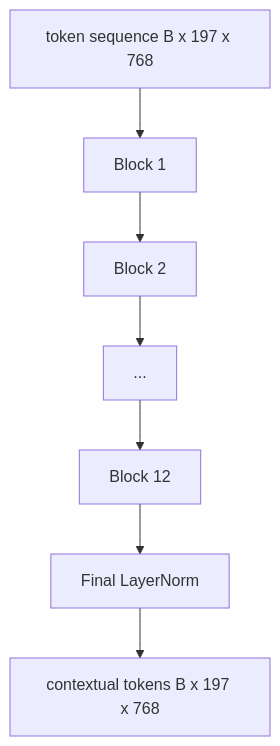
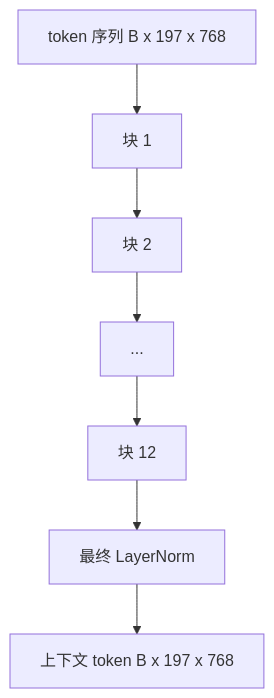
The first of 2 diagrams in lessons/19-capstone-projects/59-vit-transformer/docs/zh.md (guangningsun/ailearning), drawn with Mermaid before and after one commit. The commit also changed other lines of this file and 85 other files, not shown here.

````diff
--- a/lessons/19-capstone-projects/59-vit-transformer/docs/zh.md
+++ b/lessons/19-capstone-projects/59-vit-transformer/docs/zh.md
@@ -25,9 +25,9 @@
 ```mermaid
 flowchart TB
-  Input[token sequence B x 197 x 768] --> B1[Block 1]
-  B1 --> B2[Block 2]
+  Input[token 序列 B x 197 x 768] --> B1[块 1]
+  B1 --> B2[块 2]
   B2 --> Dots[...]
-  Dots --> B12[Block 12]
-  B12 --> LN[Final LayerNorm]
-  LN --> Out[contextual tokens B x 197 x 768]
+  Dots --> B12[块 12]
+  B12 --> LN[最终 LayerNorm]
+  LN --> Out[上下文 token B x 197 x 768]
 ```
````
